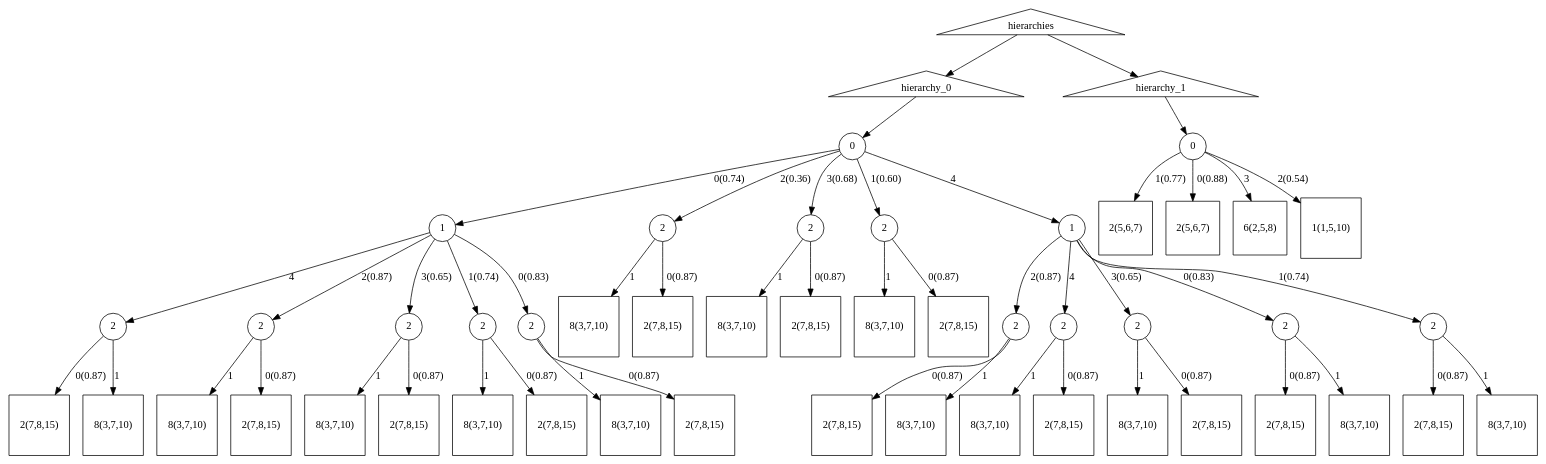
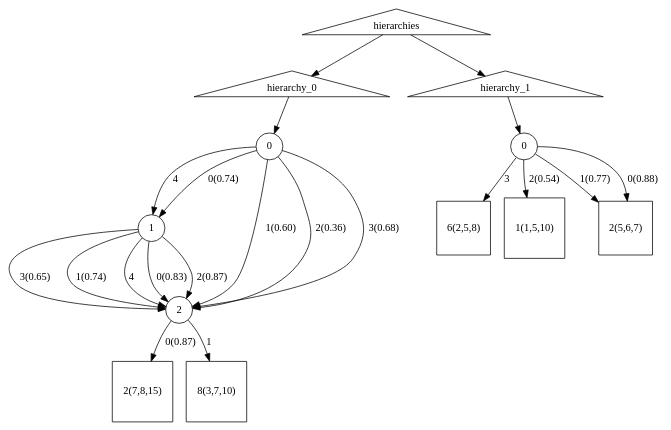
The diagram in work/causations.dot (morphognosis/Mandala), drawn with Graphviz before and after one commit. The commit also changed 6 other files, not shown here.

```diff
--- a/work/causations.dot
+++ b/work/causations.dot
@@ -1,101 +1,34 @@
 digraph causations {
 hierarchies [label="hierarchies", shape=triangle];
-h0_nt0_0_1 [label="1", shape=circle];
-h0_t0_0_1_1_2_1_8 [label="8(3,7,10)", shape=square];
-h0_t0_0_1_4_2_0_2 [label="2(7,8,15)", shape=square];
-h0_nt0_2_2 [label="2", shape=circle];
-h0_t0_0_1_2_2_1_8 [label="8(3,7,10)", shape=square];
-h0_t0_3_2_1_8 [label="8(3,7,10)", shape=square];
-h0_t0_4_1_0_2_0_2 [label="2(7,8,15)", shape=square];
-h0_t0_0_1_0_2_1_8 [label="8(3,7,10)", shape=square];
-h0_nt0_4_1_2_2 [label="2", shape=circle];
-h0_t0_2_2_1_8 [label="8(3,7,10)", shape=square];
-h0_nt0_3_2 [label="2", shape=circle];
-h0_t0_1_2_1_8 [label="8(3,7,10)", shape=square];
-h0_nt0_0_1_4_2 [label="2", shape=circle];
-h0_nt0_1_2 [label="2", shape=circle];
-h0_t0_4_1_1_2_0_2 [label="2(7,8,15)", shape=square];
-h0_t0_4_1_3_2_1_8 [label="8(3,7,10)", shape=square];
-h0_t0_4_1_2_2_0_2 [label="2(7,8,15)", shape=square];
-h0_nt0_4_1_4_2 [label="2", shape=circle];
-h0_t0_4_1_4_2_1_8 [label="8(3,7,10)", shape=square];
-h0_nt0_0_1_2_2 [label="2", shape=circle];
-h0_nt0_4_1_3_2 [label="2", shape=circle];
-h0_nt0_4_1 [label="1", shape=circle];
-h0_t0_4_1_3_2_0_2 [label="2(7,8,15)", shape=square];
-h0_nt0_0_1_3_2 [label="2", shape=circle];
-h0_t0_4_1_4_2_0_2 [label="2(7,8,15)", shape=square];
-h0_nt0_4_1_0_2 [label="2", shape=circle];
-h0_t0_4_1_1_2_1_8 [label="8(3,7,10)", shape=square];
-h0_t0_1_2_0_2 [label="2(7,8,15)", shape=square];
-h0_t0_4_1_0_2_1_8 [label="8(3,7,10)", shape=square];
-h0_nt0_0_1_1_2 [label="2", shape=circle];
-h0_t0_0_1_0_2_0_2 [label="2(7,8,15)", shape=square];
+h0 [label="hierarchy_0", shape=triangle];
+h0_nt1 [label="1", shape=circle];
+h0_t2 [label="2(7,8,15)", shape=square];
+h0_nt2 [label="2", shape=circle];
 h0_nt0 [label="0", shape=circle];
-h0_t0_4_1_2_2_1_8 [label="8(3,7,10)", shape=square];
-h0_t0_3_2_0_2 [label="2(7,8,15)", shape=square];
-h0 [label="hierarchy_0", shape=triangle];
-h0_t0_0_1_2_2_0_2 [label="2(7,8,15)", shape=square];
-h0_t0_0_1_1_2_0_2 [label="2(7,8,15)", shape=square];
-h0_t0_0_1_3_2_1_8 [label="8(3,7,10)", shape=square];
-h0_nt0_4_1_1_2 [label="2", shape=circle];
-h0_t0_0_1_3_2_0_2 [label="2(7,8,15)", shape=square];
-h0_t0_2_2_0_2 [label="2(7,8,15)", shape=square];
-h0_nt0_0_1_0_2 [label="2", shape=circle];
-h0_t0_0_1_4_2_1_8 [label="8(3,7,10)", shape=square];
-h0_nt0_4_1_1_2 -> h0_t0_4_1_1_2_0_2 [label="0(0.87)"];
-h0_nt0_2_2 -> h0_t0_2_2_0_2 [label="0(0.87)"];
-h0_nt0_4_1 -> h0_nt0_4_1_4_2 [label="4"];
-h0_nt0 -> h0_nt0_0_1 [label="0(0.74)"];
-h0_nt0_0_1_3_2 -> h0_t0_0_1_3_2_1_8 [label="1"];
-h0_nt0_0_1_0_2 -> h0_t0_0_1_0_2_1_8 [label="1"];
-h0_nt0_2_2 -> h0_t0_2_2_1_8 [label="1"];
-h0_nt0_0_1 -> h0_nt0_0_1_0_2 [label="0(0.83)"];
-h0_nt0_4_1_3_2 -> h0_t0_4_1_3_2_1_8 [label="1"];
-h0_nt0_4_1 -> h0_nt0_4_1_1_2 [label="1(0.74)"];
-h0_nt0_1_2 -> h0_t0_1_2_0_2 [label="0(0.87)"];
-h0_nt0_4_1_0_2 -> h0_t0_4_1_0_2_1_8 [label="1"];
-h0_nt0_4_1_0_2 -> h0_t0_4_1_0_2_0_2 [label="0(0.87)"];
-h0_nt0_0_1 -> h0_nt0_0_1_1_2 [label="1(0.74)"];
-h0_nt0_4_1_4_2 -> h0_t0_4_1_4_2_0_2 [label="0(0.87)"];
-h0_nt0_4_1_4_2 -> h0_t0_4_1_4_2_1_8 [label="1"];
-h0_nt0_4_1 -> h0_nt0_4_1_0_2 [label="0(0.83)"];
-h0_nt0_4_1_1_2 -> h0_t0_4_1_1_2_1_8 [label="1"];
-h0_nt0_4_1_2_2 -> h0_t0_4_1_2_2_0_2 [label="0(0.87)"];
-h0_nt0_3_2 -> h0_t0_3_2_0_2 [label="0(0.87)"];
-h0_nt0 -> h0_nt0_4_1 [label="4"];
-h0_nt0 -> h0_nt0_1_2 [label="1(0.60)"];
-h0_nt0_4_1_3_2 -> h0_t0_4_1_3_2_0_2 [label="0(0.87)"];
-h0_nt0_3_2 -> h0_t0_3_2_1_8 [label="1"];
-h0_nt0_0_1_2_2 -> h0_t0_0_1_2_2_0_2 [label="0(0.87)"];
-h0_nt0_0_1 -> h0_nt0_0_1_2_2 [label="2(0.87)"];
-h0_nt0 -> h0_nt0_3_2 [label="3(0.68)"];
-h0_nt0_0_1_0_2 -> h0_t0_0_1_0_2_0_2 [label="0(0.87)"];
-h0_nt0_0_1 -> h0_nt0_0_1_3_2 [label="3(0.65)"];
-h0_nt0_0_1_1_2 -> h0_t0_0_1_1_2_0_2 [label="0(0.87)"];
-h0_nt0_0_1_4_2 -> h0_t0_0_1_4_2_1_8 [label="1"];
-h0_nt0 -> h0_nt0_2_2 [label="2(0.36)"];
-h0_nt0_0_1_1_2 -> h0_t0_0_1_1_2_1_8 [label="1"];
-h0_nt0_1_2 -> h0_t0_1_2_1_8 [label="1"];
+h0_t8 [label="8(3,7,10)", shape=square];
+h0_nt1 -> h0_nt2 [label="3(0.65)"];
+h0_nt2 -> h0_t8 [label="1"];
+h0_nt0 -> h0_nt1 [label="4"];
+h0_nt0 -> h0_nt2 [label="1(0.60)"];
+h0_nt1 -> h0_nt2 [label="1(0.74)"];
+h0_nt1 -> h0_nt2 [label="4"];
+h0_nt1 -> h0_nt2 [label="0(0.83)"];
 h0 -> h0_nt0
-h0_nt0_4_1 -> h0_nt0_4_1_3_2 [label="3(0.65)"];
 hierarchies -> h0
-h0_nt0_0_1_2_2 -> h0_t0_0_1_2_2_1_8 [label="1"];
-h0_nt0_0_1_3_2 -> h0_t0_0_1_3_2_0_2 [label="0(0.87)"];
-h0_nt0_4_1 -> h0_nt0_4_1_2_2 [label="2(0.87)"];
-h0_nt0_4_1_2_2 -> h0_t0_4_1_2_2_1_8 [label="1"];
-h0_nt0_0_1 -> h0_nt0_0_1_4_2 [label="4"];
-h0_nt0_0_1_4_2 -> h0_t0_0_1_4_2_0_2 [label="0(0.87)"];
-h1_t0_1_2 [label="2(5,6,7)", shape=square];
+h0_nt0 -> h0_nt2 [label="2(0.36)"];
+h0_nt2 -> h0_t2 [label="0(0.87)"];
+h0_nt1 -> h0_nt2 [label="2(0.87)"];
+h0_nt0 -> h0_nt2 [label="3(0.68)"];
+h0_nt0 -> h0_nt1 [label="0(0.74)"];
 h1_nt0 [label="0", shape=circle];
-h1_t0_0_2 [label="2(5,6,7)", shape=square];
-h1_t0_3_6 [label="6(2,5,8)", shape=square];
-h1_t0_2_1 [label="1(1,5,10)", shape=square];
+h1_t6 [label="6(2,5,8)", shape=square];
+h1_t1 [label="1(1,5,10)", shape=square];
+h1_t2 [label="2(5,6,7)", shape=square];
 h1 [label="hierarchy_1", shape=triangle];
 hierarchies -> h1
 h1 -> h1_nt0
-h1_nt0 -> h1_t0_1_2 [label="1(0.77)"];
-h1_nt0 -> h1_t0_0_2 [label="0(0.88)"];
-h1_nt0 -> h1_t0_3_6 [label="3"];
-h1_nt0 -> h1_t0_2_1 [label="2(0.54)"];
+h1_nt0 -> h1_t2 [label="1(0.77)"];
+h1_nt0 -> h1_t1 [label="2(0.54)"];
+h1_nt0 -> h1_t6 [label="3"];
+h1_nt0 -> h1_t2 [label="0(0.88)"];
 }
```
